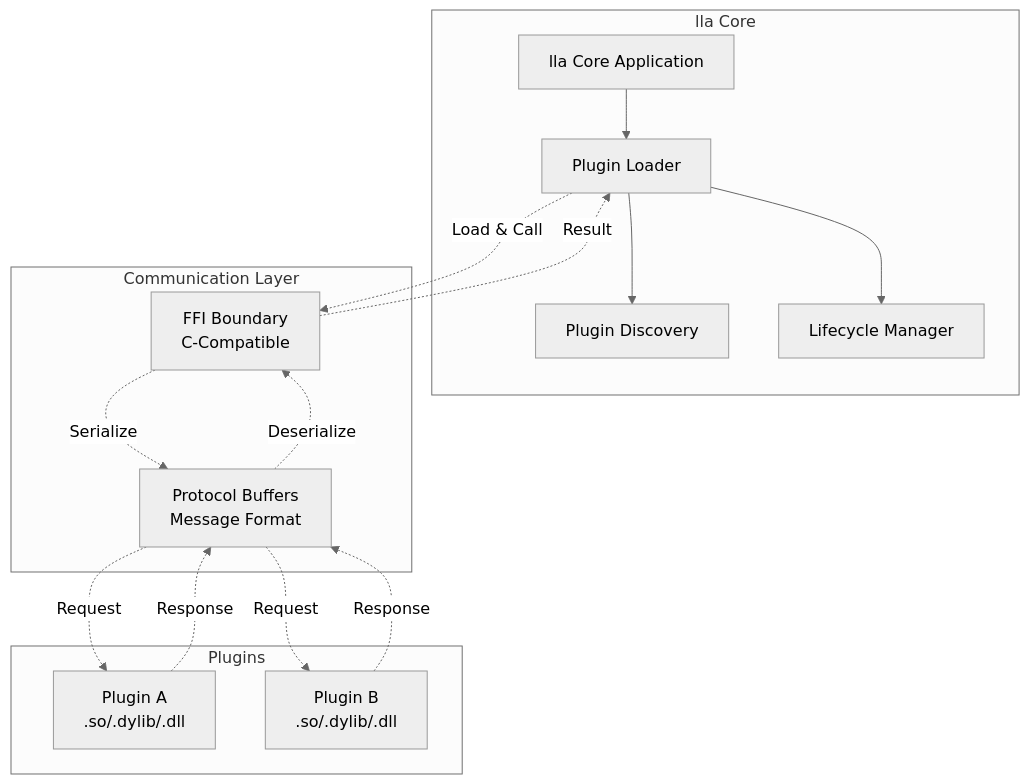
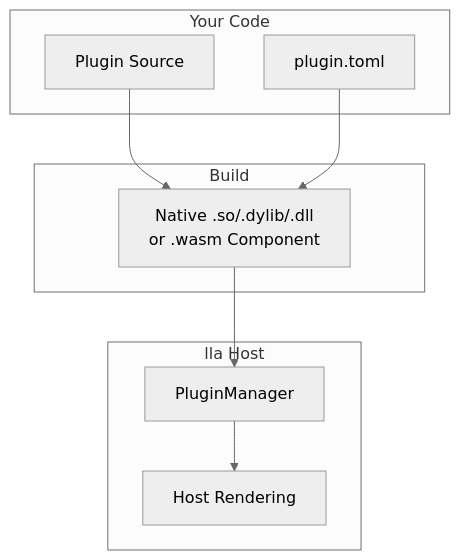
Before and after one commit to chaqchase/lla-website: the second of 2 diagrams in content/docs/guides/plugin-development-tutorial.mdx, drawn with Mermaid (neutral theme). The commit also changed other lines of this file and 69 other files, not shown here.

First line of the commit message:
docs: full content rewrite from lla source docs (v0.6.5)

````diff
--- a/content/docs/guides/plugin-development-tutorial.mdx
+++ b/content/docs/guides/plugin-development-tutorial.mdx
@@ -55,33 +50,18 @@
 ```mermaid
 graph TB
-    subgraph "lla Core"
-        Core[lla Core Application]
-        Loader[Plugin Loader]
-        Disc[Plugin Discovery]
-        Lifecycle[Lifecycle Manager]
-        
-        Core --> Loader
-        Loader --> Disc
-        Loader --> Lifecycle
+    subgraph "Your Code"
+        SRC[Plugin Source]
+        TOML[plugin.toml]
     end
-    
-    subgraph "Communication Layer"
-        FFI[FFI Boundary<br/>C-Compatible]
-        PB[Protocol Buffers<br/>Message Format]
+    subgraph "Build"
+        LIB[Native .so/.dylib/.dll<br/>or .wasm Component]
     end
-    
-    subgraph "Plugins"
-        PA[Plugin A<br/>.so/.dylib/.dll]
-        PB2[Plugin B<br/>.so/.dylib/.dll]
+    subgraph "lla Host"
+        MGR[PluginManager]
+        FMT[Host Rendering]
     end
-    
-    Loader -.->|Load & Call| FFI
-    FFI -.->|Serialize| PB
-    PB -.->|Request| PA
-    PB -.->|Request| PB2
-    
-    PA -.->|Response| PB
-    PB2 -.->|Response| PB
-    PB -.->|Deserialize| FFI
-    FFI -.->|Result| Loader
+    SRC --> LIB
+    TOML --> LIB
+    LIB --> MGR
+    MGR --> FMT
 ```
````
